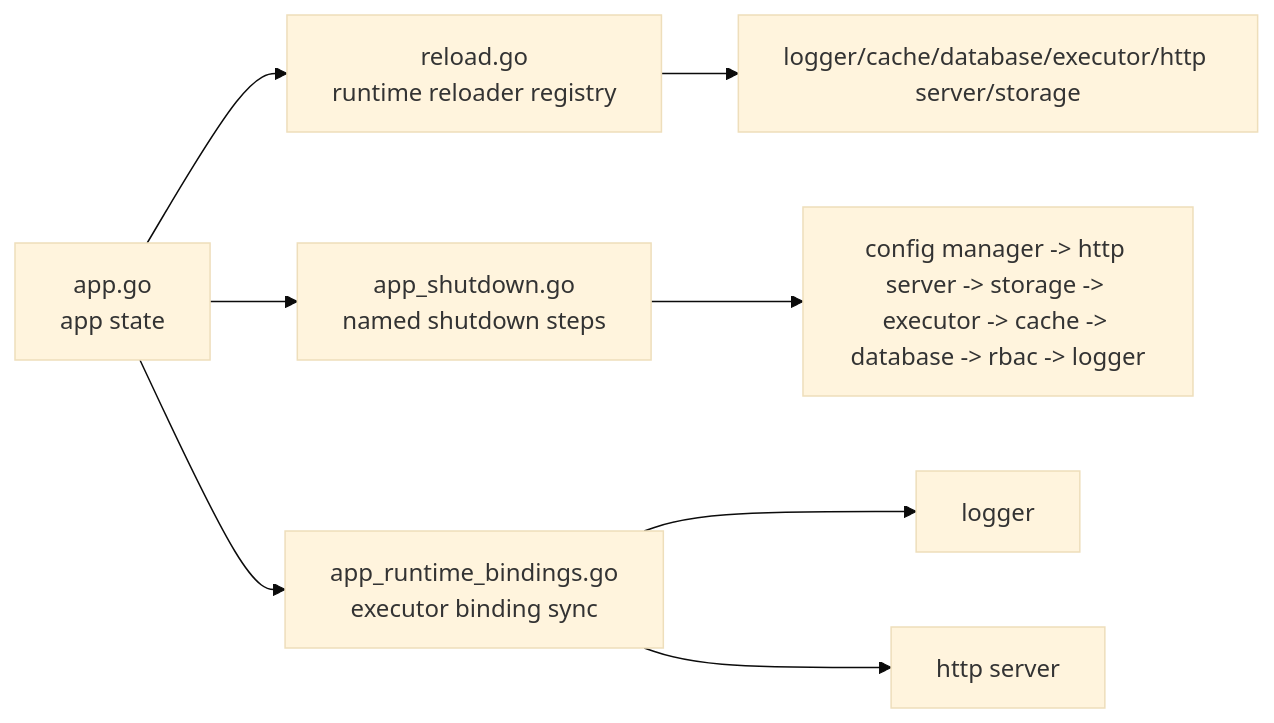
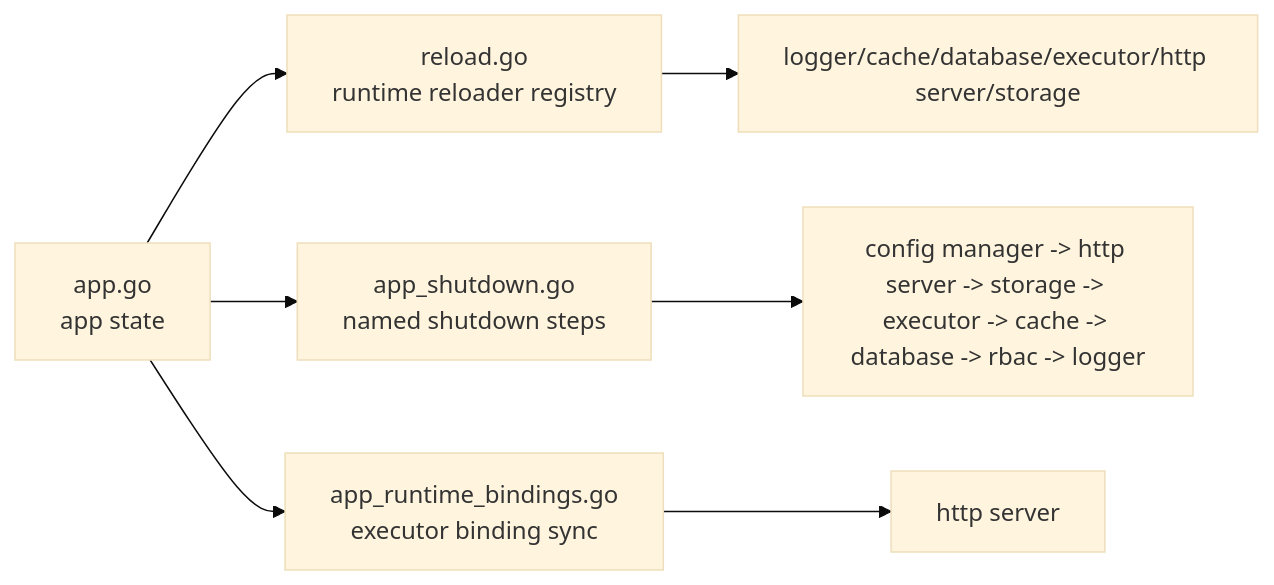
Before and after one commit to rin721/rei: the third of 13 diagrams in docs/vibe/architecture/topology.md, drawn with Mermaid (base theme). The commit also changed other lines of this file and 86 other files, not shown here.

````diff
--- a/docs/vibe/architecture/topology.md
+++ b/docs/vibe/architecture/topology.md
@@ -60,10 +60,9 @@
 ```mermaid
 flowchart LR
     A["app.go<br/>app state"] --> B["reload.go<br/>runtime reloader registry"]
     A --> C["app_shutdown.go<br/>named shutdown steps"]
     A --> D["app_runtime_bindings.go<br/>executor binding sync"]
     B --> E["logger/cache/database/executor/http server/storage"]
     C --> F["config manager -> http server -> storage -> executor -> cache -> database -> rbac -> logger"]
-    D --> G["logger"]
     D --> H["http server"]
 ```
````
